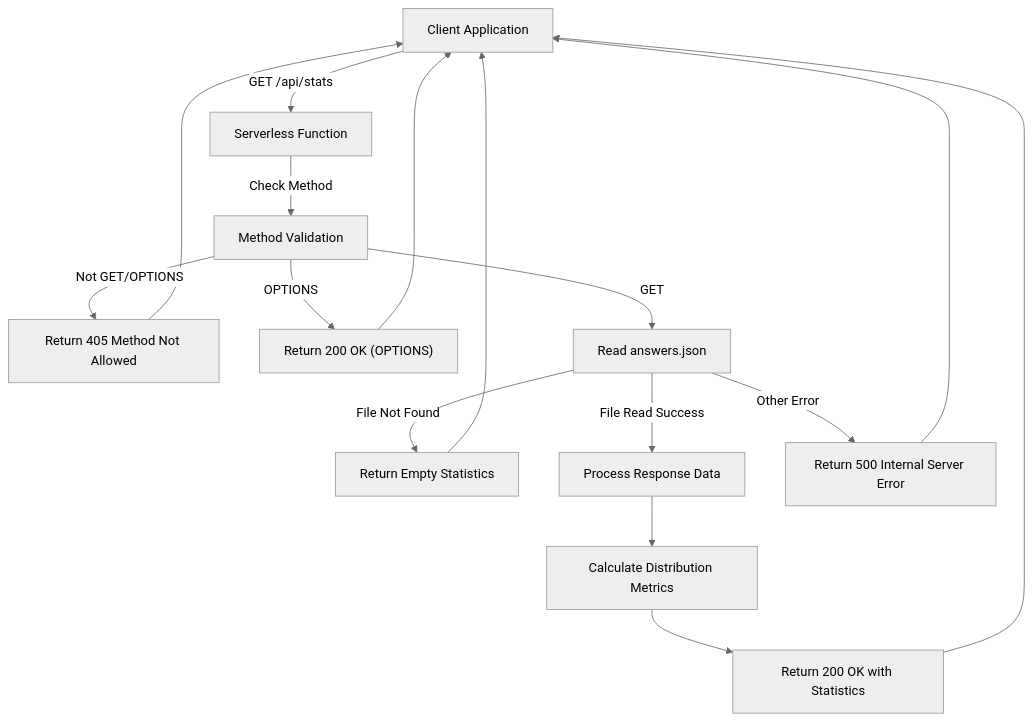
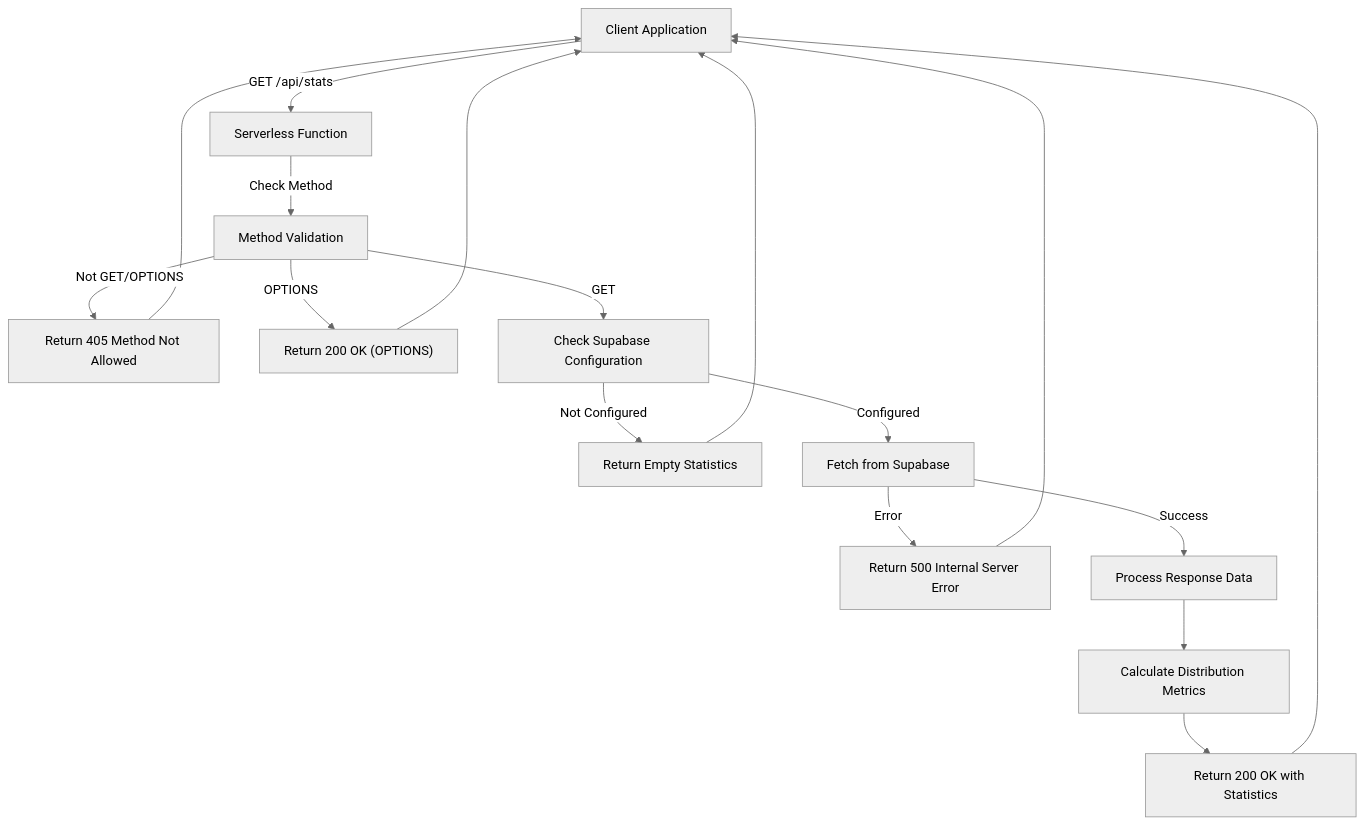
One commit to lommaks777/alena changed the first of 4 diagrams in .qoder/repowiki/en/content/Backend Architecture/Statistics API.md. Above: the diagram before and after it, drawn with Mermaid (neutral theme). The commit also changed other lines of this file and 19 other files, not shown here.

````diff
--- a/.qoder/repowiki/en/content/Backend Architecture/Statistics API.md
+++ b/.qoder/repowiki/en/content/Backend Architecture/Statistics API.md
@@ -35,18 +44,19 @@
 ```mermaid
 flowchart TD
 Client["Client Application"] --> |GET /api/stats| Server["Serverless Function"]
 Server --> |Check Method| MethodValidation["Method Validation"]
 MethodValidation --> |Not GET/OPTIONS| Return405["Return 405 Method Not Allowed"]
 MethodValidation --> |OPTIONS| Return200Options["Return 200 OK (OPTIONS)"]
-MethodValidation --> |GET| ReadFile["Read answers.json"]
-ReadFile --> |File Not Found| ReturnEmptyStats["Return Empty Statistics"]
-ReadFile --> |File Read Success| ProcessData["Process Response Data"]
+MethodValidation --> |GET| CheckSupabase["Check Supabase Configuration"]
+CheckSupabase --> |Not Configured| ReturnEmptyStats["Return Empty Statistics"]
+CheckSupabase --> |Configured| FetchData["Fetch from Supabase"]
+FetchData --> |Error| Return500["Return 500 Internal Server Error"]
+FetchData --> |Success| ProcessData["Process Response Data"]
 ProcessData --> CalculateMetrics["Calculate Distribution Metrics"]
 CalculateMetrics --> Return200["Return 200 OK with Statistics"]
-ReadFile --> |Other Error| Return500["Return 500 Internal Server Error"]
 Return405 --> Client
 Return200Options --> Client
 ReturnEmptyStats --> Client
 Return200 --> Client
 Return500 --> Client
 ```
````
